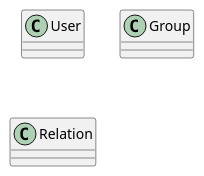
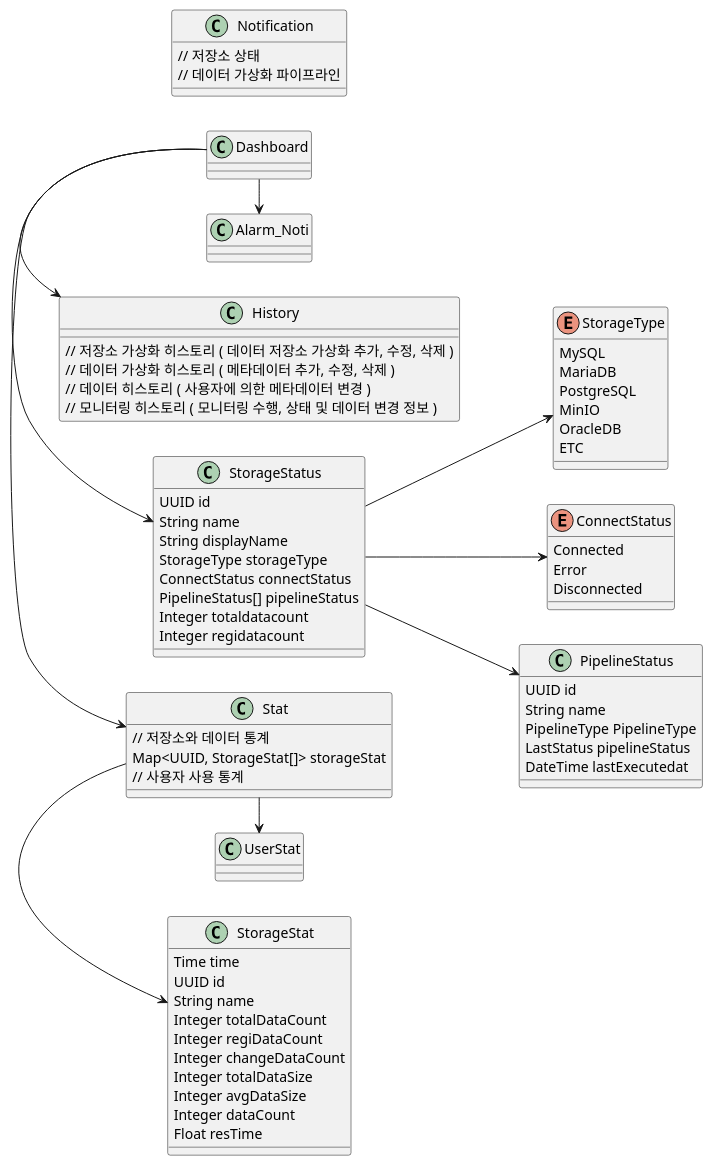
The fifth of 5 diagrams in docs/arch/monitoring.md (DataFabricTech/DataFabricPlatform), drawn with PlantUML before and after one commit. The commit also changed other lines of this file and 7 other files, not shown here.

````diff
--- a/docs/arch/monitoring.md
+++ b/docs/arch/monitoring.md
@@ -160,5 +219,7 @@
 ```plantuml
 @startuml
+allowmixing
+left to right direction
 ' abstract        abstract
 ' abstract class  "abstract class"
 ' annotation      annotation
@@ -177,8 +238,89 @@
 ' stereotype      stereotype
 ' struct          struct
 
-class           User
-class           Group
-class           Relation
+enum StorageType {
+    MySQL
+    MariaDB
+    PostgreSQL
+    MinIO
+    OracleDB
+    ETC
+}
+
+enum ConnectStatus {
+    Connected
+    Error
+    Disconnected
+}
+
+class PipelineStatus {
+    UUID id
+    String name
+    PipelineType PipelineType
+    LastStatus pipelineStatus
+    DateTime lastExecutedat
+}
+
+class StorageStatus {
+    UUID id
+    String name
+    String displayName
+    StorageType storageType
+    ConnectStatus connectStatus
+    PipelineStatus[] pipelineStatus
+    Integer totaldatacount
+    Integer regidatacount
+}
+
+StorageStatus --> StorageType
+StorageStatus --> ConnectStatus
+StorageStatus --> PipelineStatus
+
+class StorageStat {
+    Time time
+    UUID id
+    String name
+    Integer totalDataCount
+    Integer regiDataCount
+    Integer changeDataCount
+    Integer totalDataSize
+    Integer avgDataSize
+    Integer dataCount
+    Float resTime
+}
+
+class UserStat {
+
+}
+
+class Stat {
+    // 저장소와 데이터 통계
+    Map<UUID, StorageStat[]> storageStat
+    // 사용자 사용 통계 
+}
+
+Stat -> StorageStat
+Stat -> UserStat
+
+class History {
+    // 저장소 가상화 히스토리 ( 데이터 저장소 가상화 추가, 수정, 삭제 )
+    // 데이터 가상화 히스토리 ( 메타데이터 추가, 수정, 삭제 )
+    // 데이터 히스토리 ( 사용자에 의한 메타데이터 변경 )
+    // 모니터링 히스토리 ( 모니터링 수행, 상태 및 데이터 변경 정보 )
+}
+
+class Notification {
+    // 저장소 상태 
+    // 데이터 가상화 파이프라인 
+}
+
+class Dashboard{
+}
+
+Dashboard -> StorageStatus
+Dashboard -> Stat
+Dashboard -> History
+Dashboard -> Alarm_Noti
+
 @enduml
 ```
````
